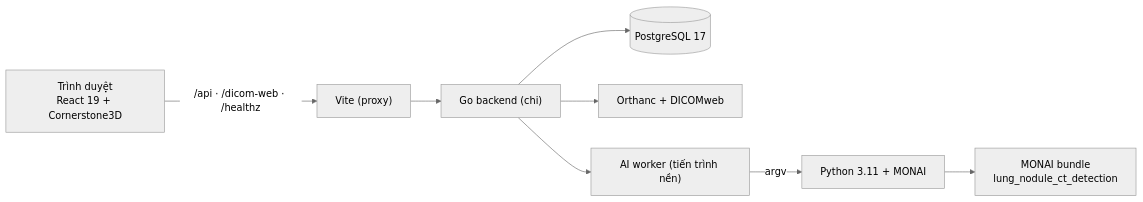
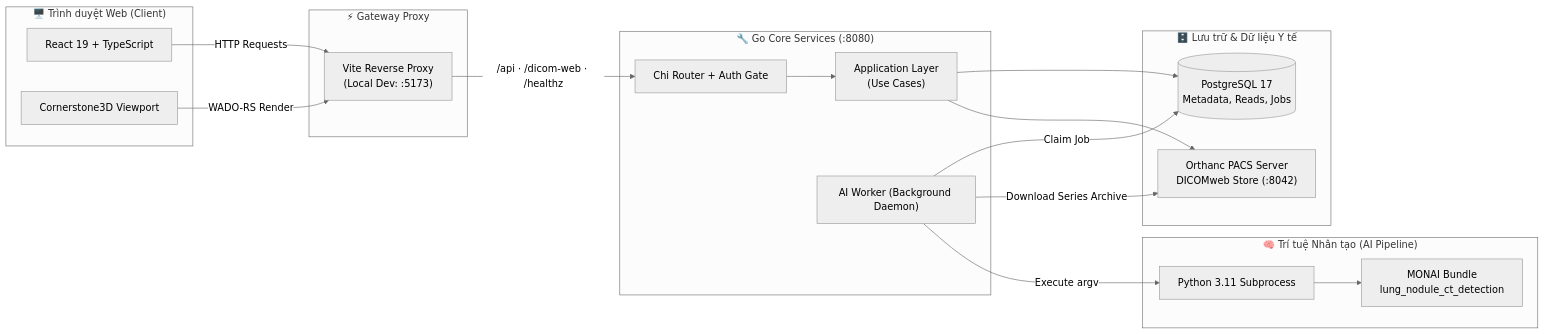
The diagram in README.md (do-tien/ai_ct_systems), drawn with Mermaid (neutral theme) before and after one commit. The commit also changed other lines of this file, not shown here.

````diff
--- a/README.md
+++ b/README.md
@@ -40,10 +107,38 @@
 ```mermaid
 flowchart LR
-    B["Trình duyệt<br/>React 19 + Cornerstone3D"] -->|"/api · /dicom-web · /healthz"| V["Vite (proxy)"]
-    V --> A["Go backend (chi)"]
-    A --> P[("PostgreSQL 17")]
-    A --> O["Orthanc + DICOMweb"]
-    A --> W["AI worker (tiến trình nền)"]
-    W -->|argv| Y["Python 3.11 + MONAI"]
-    Y --> M["MONAI bundle<br/>lung_nodule_ct_detection"]
+    subgraph Client["🖥️ Trình duyệt Web (Client)"]
+        UI["React 19 + TypeScript"]
+        CS["Cornerstone3D Viewport"]
+    end
+
+    subgraph Gateway["⚡ Gateway Proxy"]
+        Vite["Vite Reverse Proxy<br/>(Local Dev: :5173)"]
+    end
+
+    subgraph BackendApp["🔧 Go Core Services (:8080)"]
+        Router["Chi Router + Auth Gate"]
+        App["Application Layer<br/>(Use Cases)"]
+        Worker["AI Worker (Background Daemon)"]
+    end
+
+    subgraph Storage["🗄️ Lưu trữ & Dữ liệu Y tế"]
+        PG[("PostgreSQL 17<br/>Metadata, Reads, Jobs")]
+        Orthanc["Orthanc PACS Server<br/>DICOMweb Store (:8042)"]
+    end
+
+    subgraph AIWorker["🧠 Trí tuệ Nhân tạo (AI Pipeline)"]
+        PyRunner["Python 3.11 Subprocess"]
+        MONAI["MONAI Bundle<br/>lung_nodule_ct_detection"]
+    end
+
+    UI -->|HTTP Requests| Vite
+    CS -->|WADO-RS Render| Vite
+    Vite -->|/api · /dicom-web · /healthz| Router
+    Router --> App
+    App --> PG
+    App --> Orthanc
+    Worker -->|Claim Job| PG
+    Worker -->|Download Series Archive| Orthanc
+    Worker -->|Execute argv| PyRunner
+    PyRunner --> MONAI
 ```
````
